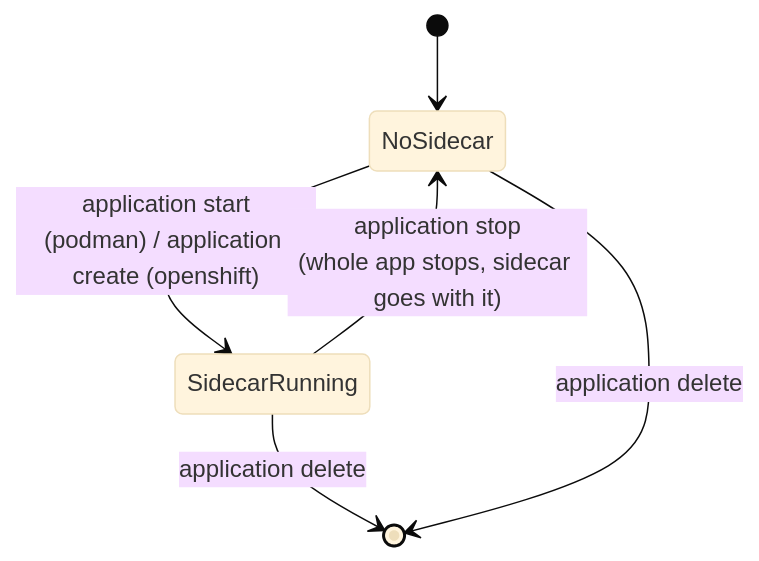
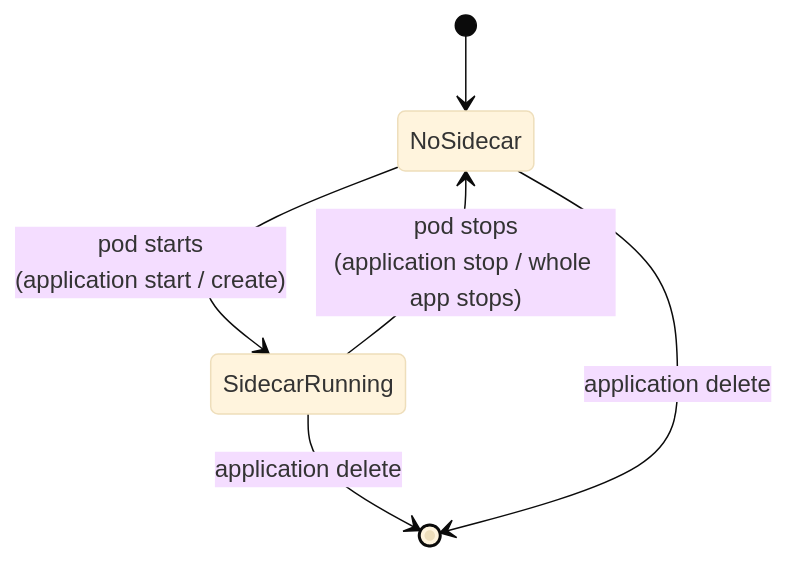
The fifth of 7 diagrams in docs/proposals/mcp-sidecar-proposal.md (IBM/project-ai-services), drawn with Mermaid (base theme) before and after one commit. The commit also changed other lines of this file, not shown here.

````diff
--- a/docs/proposals/mcp-sidecar-proposal.md
+++ b/docs/proposals/mcp-sidecar-proposal.md
@@ -319,8 +315,8 @@
 ```mermaid
 stateDiagram-v2
     [*] --> NoSidecar
-    NoSidecar --> SidecarRunning: application start<br/>(podman) / application create (openshift)
-    SidecarRunning --> NoSidecar: application stop<br/>(whole app stops, sidecar goes with it)
+    NoSidecar --> SidecarRunning: pod starts<br/>(application start / create)
+    SidecarRunning --> NoSidecar: pod stops<br/>(application stop / whole app stops)
     SidecarRunning --> [*]: application delete
     NoSidecar --> [*]: application delete
 ```
````
